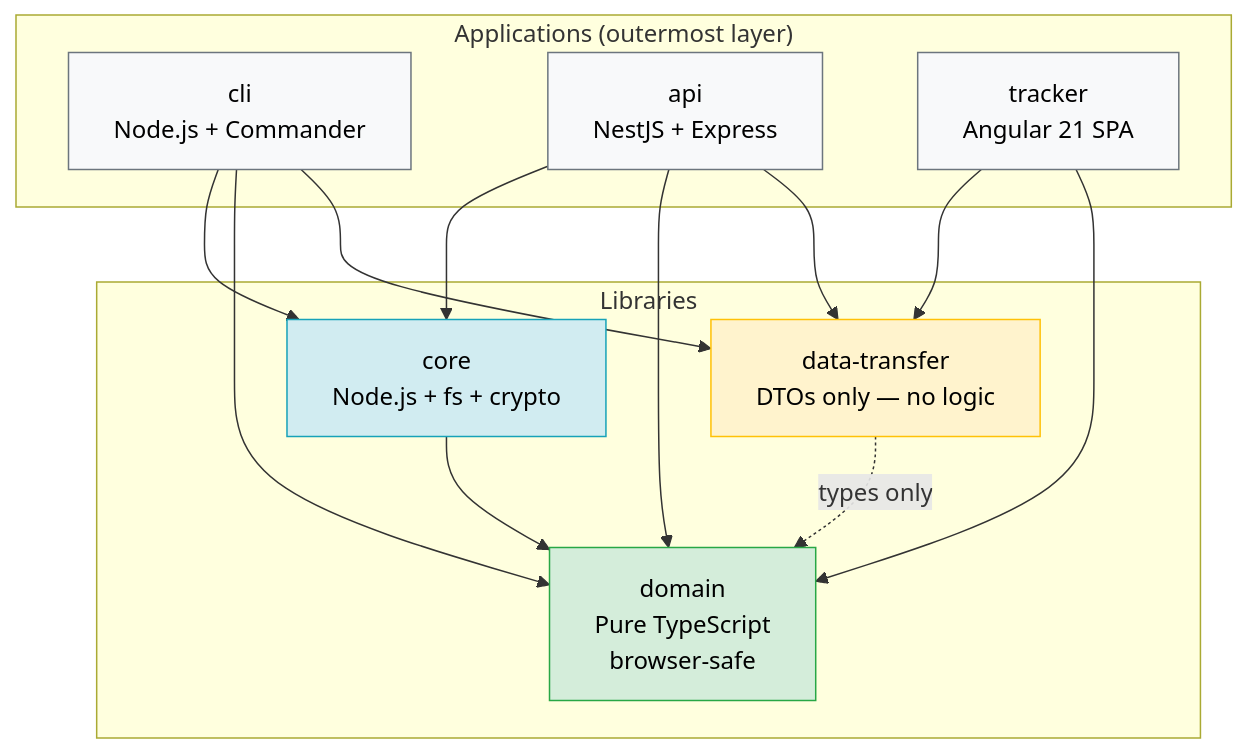
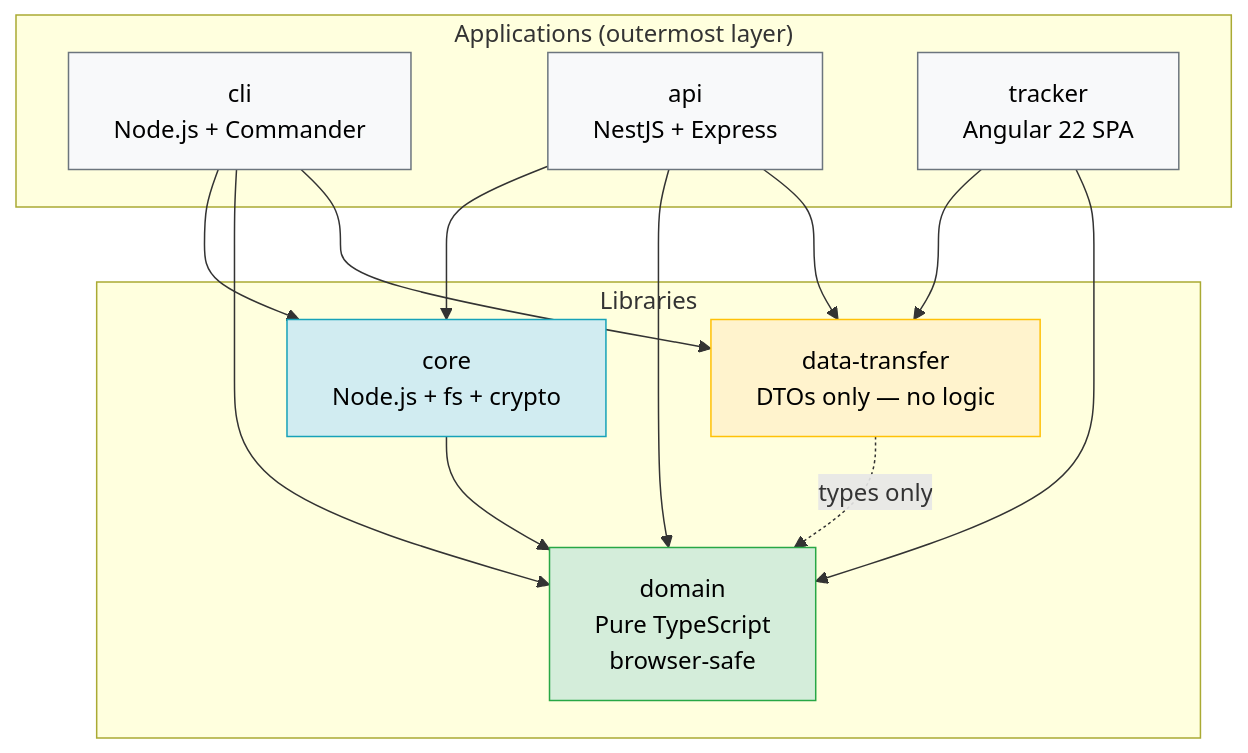
The diagram in architecture-docs/monorepo-structure.md (SimonNodel-AI/lingo-tracker), drawn with Mermaid before and after one commit. The commit also changed other lines of this file and 3 other files, not shown here.

````diff
--- a/architecture-docs/monorepo-structure.md
+++ b/architecture-docs/monorepo-structure.md
@@ -100,35 +100,35 @@
 ```mermaid
 graph TD
     subgraph apps["Applications (outermost layer)"]
         CLI["cli\nNode.js + Commander"]
         API["api\nNestJS + Express"]
-        Tracker["tracker\nAngular 21 SPA"]
+        Tracker["tracker\nAngular 22 SPA"]
     end
 
     subgraph libs["Libraries"]
         DT["data-transfer\nDTOs only — no logic"]
         Core["core\nNode.js + fs + crypto"]
         Domain["domain\nPure TypeScript\nbrowser-safe"]
     end
 
     CLI --> Core
     CLI --> Domain
     CLI --> DT
 
     API --> Core
     API --> Domain
     API --> DT
 
     Tracker --> DT
     Tracker --> Domain
 
     Core --> Domain
     DT -.->|types only| Domain
 
     style Domain fill:#d4edda,stroke:#28a745,color:#000
     style Core fill:#d1ecf1,stroke:#17a2b8,color:#000
     style DT fill:#fff3cd,stroke:#ffc107,color:#000
     style CLI fill:#f8f9fa,stroke:#6c757d,color:#000
     style API fill:#f8f9fa,stroke:#6c757d,color:#000
     style Tracker fill:#f8f9fa,stroke:#6c757d,color:#000
 ```
````
